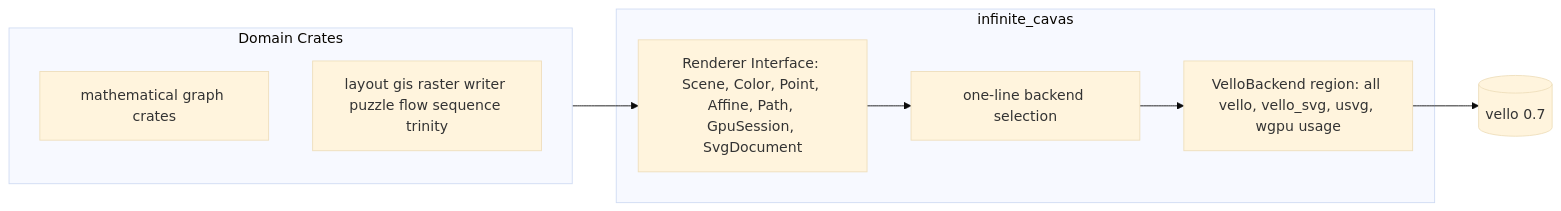
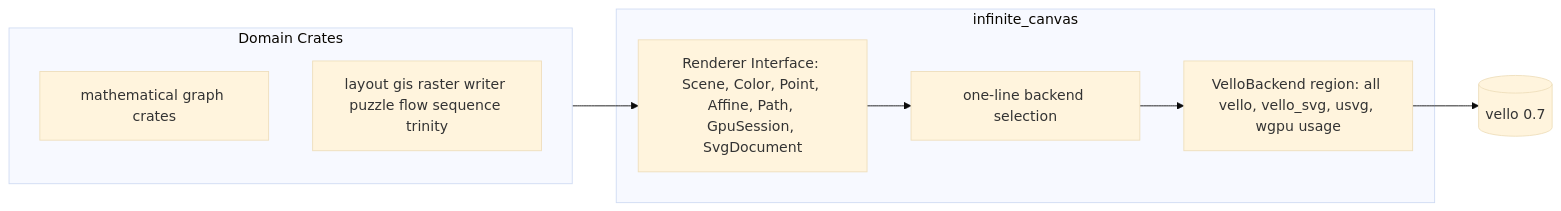
Before and after one commit to usalu/semio: the diagram in .cursor/plans/canvas_renderer_interface_265db8ef.plan.md, drawn with Mermaid (base theme). The commit also changed other lines of this file and 578 other files, not shown here.

````diff
--- a/.cursor/plans/canvas_renderer_interface_265db8ef.plan.md
+++ b/.cursor/plans/canvas_renderer_interface_265db8ef.plan.md
@@ -46,16 +46,16 @@
 ```mermaid
 flowchart LR
     subgraph consumers [Domain Crates]
         graphCrates[mathematical graph crates]
         canvases[layout gis raster writer puzzle flow sequence trinity]
     end
-    subgraph cavas [infinite_cavas]
+    subgraph canvas [infinite_canvas]
         iface[Renderer Interface: Scene, Color, Point, Affine, Path, GpuSession, SvgDocument]
         backendLine["one-line backend selection"]
         velloBackend[VelloBackend region: all vello, vello_svg, usvg, wgpu usage]
     end
     consumers --> iface
     iface --> backendLine
     backendLine --> velloBackend
     velloBackend --> velloCrate[(vello 0.7)]
 ```
````
